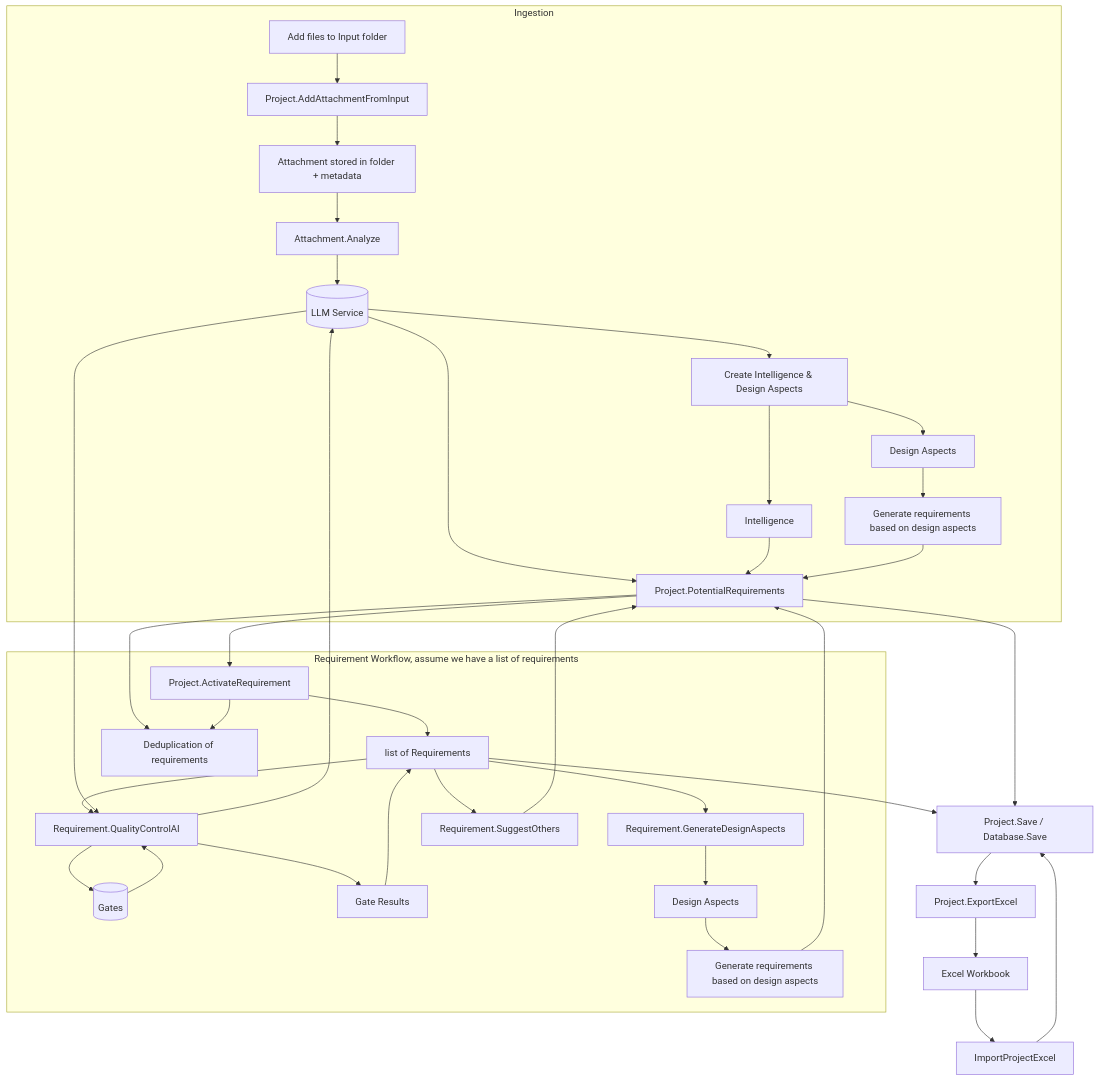
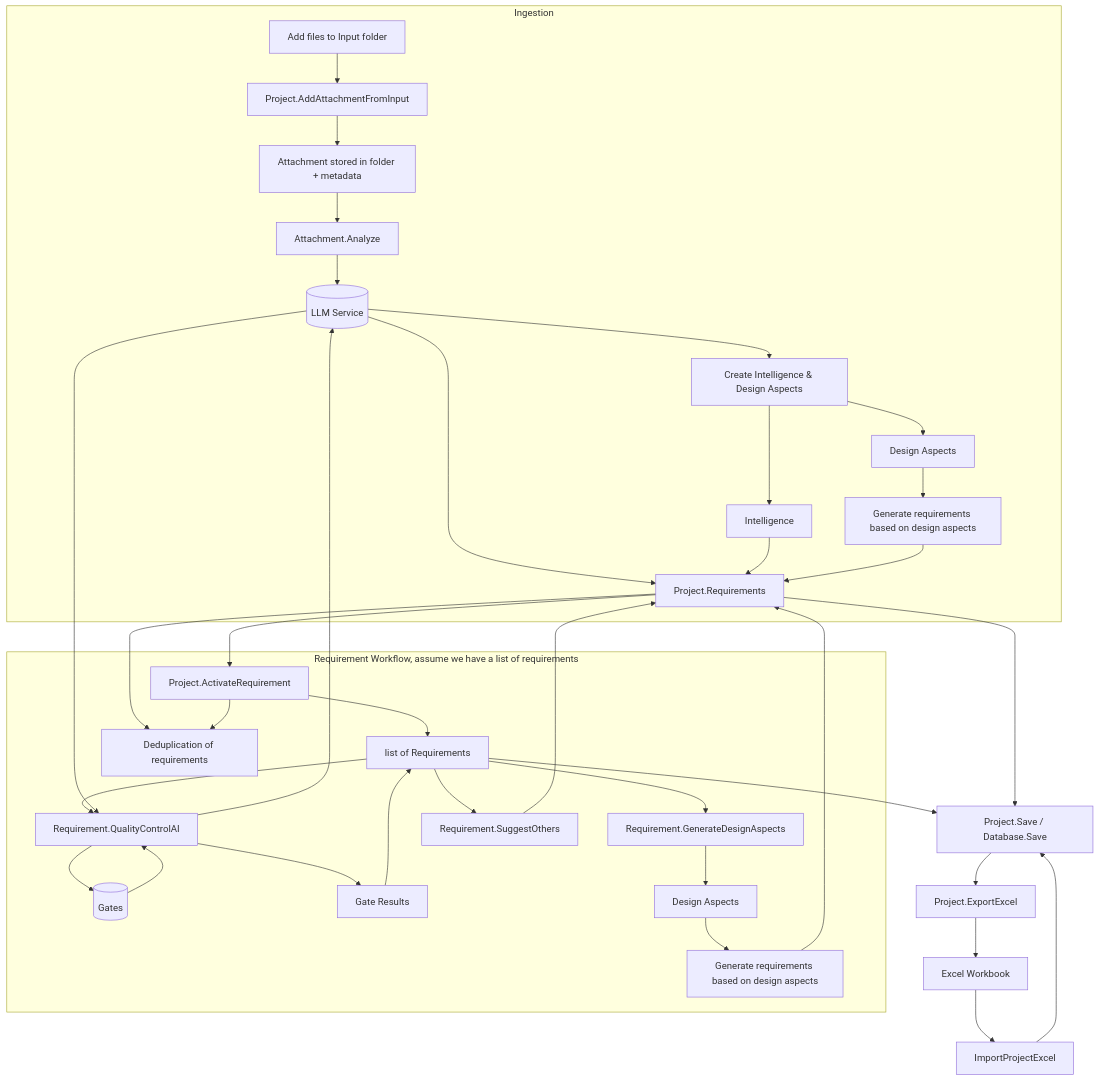
One commit to rjboer/PMFS changed the diagram in docs/architecture.md. Above: the diagram before and after it, drawn with Mermaid. The commit also changed 12 other files, not shown here.

````diff
--- a/docs/architecture.md
+++ b/docs/architecture.md
@@ -3,58 +3,58 @@
 ```mermaid
 
 flowchart TD
 
   LLM[(LLM Service)]
   GATE[(Gates)]
 
   %% --- Attachment ingestion ---
   subgraph Ingestion
 
 
     A[Add files to Input folder]
     A --> C[Project.AddAttachmentFromInput]
     C --> D[Attachment stored in folder + metadata]
     D --> E[Attachment.Analyze]
     E --> LLM
     LLM --> X1[Create Intelligence & Design Aspects]
     X1 --> X2[Intelligence]
     X1 --> X3[Design Aspects]
-    LLM --> G[Project.PotentialRequirements]
+    LLM --> G[Project.Requirements]
     X2 --> G
     X3 --> X4[Generate requirements based on design aspects]
     X4 --> G
   end
 
   %% --- Requirement lifecycle ---
   subgraph "Requirement Workflow, assume we have a list of requirements"
     G --> H[Project.ActivateRequirement]
     H --> I[list of Requirements]
     I --> J[Requirement.QualityControlAI]
     J --> LLM
     J --> GATE
     LLM --> J
     GATE --> J
     J --> K[Gate Results]
     K --> I
     I --> L[Requirement.GenerateDesignAspects]
     L --> N[Design Aspects]
     N --> O[Generate requirements based on design aspects]
     O --> G
     I --> M[Requirement.SuggestOthers]
     M --> G
     G --> P[Deduplication of requirements]
     H --> P
 
   end
 
   %% --- Persistence ---
   G --> Q[Project.Save / Database.Save]
   I --> Q
 
   %% --- Excel Import/Export ---
   Q --> R[Project.ExportExcel]
   R --> S[Excel Workbook]
   S --> T[ImportProjectExcel]
   T --> Q
 
 ```
````
